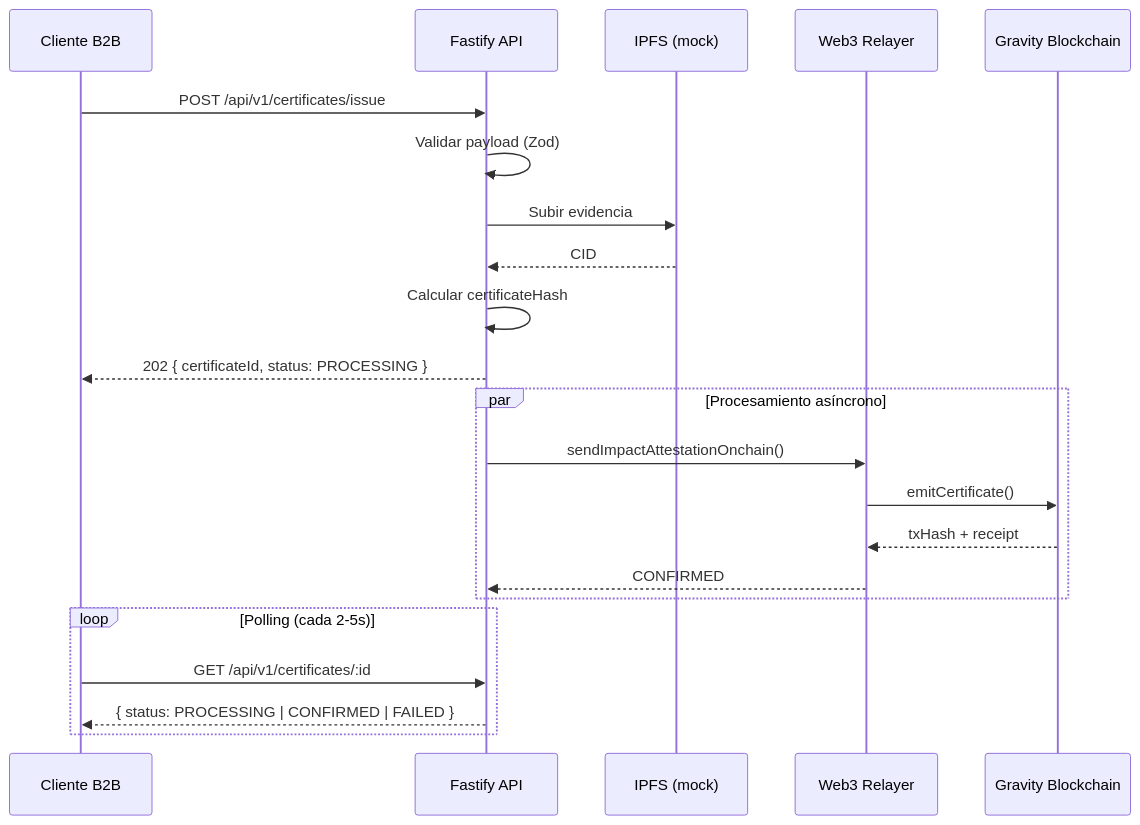
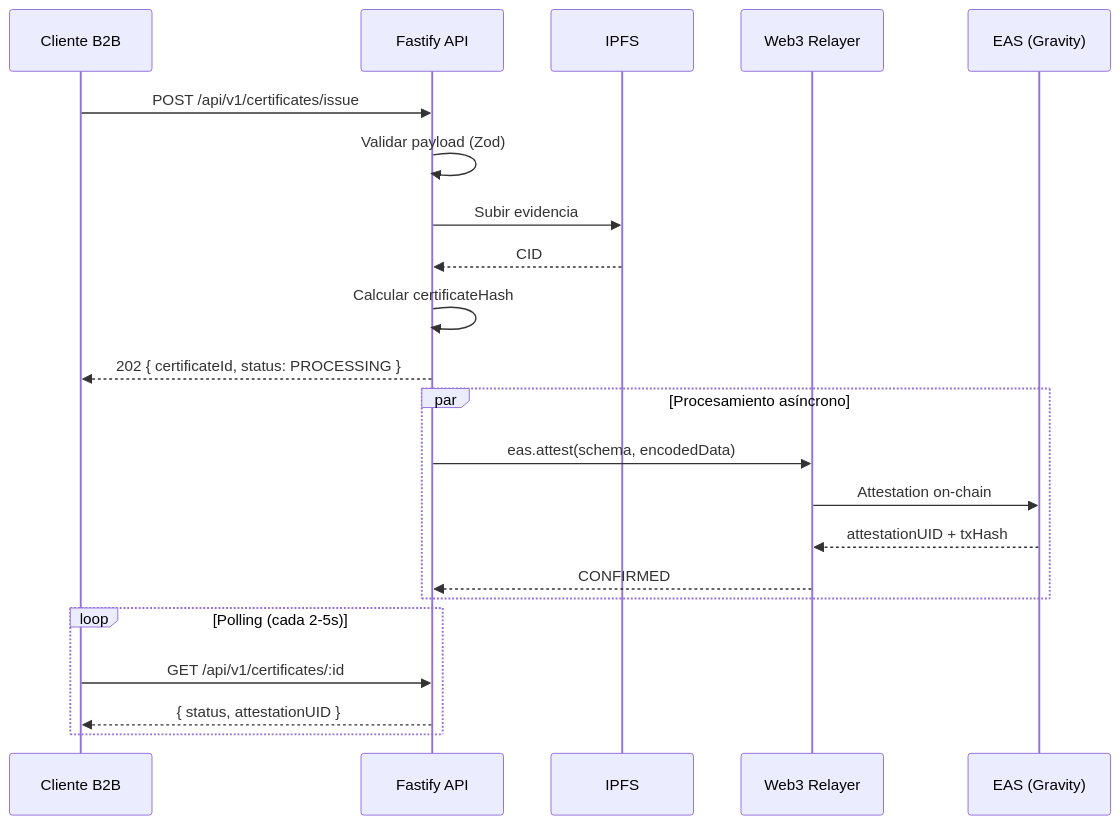
Before and after one commit to FerTello01/API-Angulo: the diagram in docs/API.md, drawn with Mermaid. The commit also changed other lines of this file and 19 other files, not shown here.

````diff
--- a/docs/API.md
+++ b/docs/API.md
@@ -309,27 +364,27 @@
 ```mermaid
 sequenceDiagram
     participant Cliente as Cliente B2B
     participant API as Fastify API
-    participant IPFS as IPFS (mock)
+    participant IPFS as IPFS
     participant Relayer as Web3 Relayer
-    participant Gravity as Gravity Blockchain
+    participant EAS as EAS (Gravity)
 
     Cliente->>API: POST /api/v1/certificates/issue
     API->>API: Validar payload (Zod)
     API->>IPFS: Subir evidencia
     IPFS-->>API: CID
     API->>API: Calcular certificateHash
     API-->>Cliente: 202 { certificateId, status: PROCESSING }
 
     par Procesamiento asíncrono
-        API->>Relayer: sendImpactAttestationOnchain()
-        Relayer->>Gravity: emitCertificate()
-        Gravity-->>Relayer: txHash + receipt
+        API->>Relayer: eas.attest(schema, encodedData)
+        Relayer->>EAS: Attestation on-chain
+        EAS-->>Relayer: attestationUID + txHash
         Relayer-->>API: CONFIRMED
     end
 
     loop Polling (cada 2-5s)
         Cliente->>API: GET /api/v1/certificates/:id
-        API-->>Cliente: { status: PROCESSING | CONFIRMED | FAILED }
+        API-->>Cliente: { status, attestationUID }
     end
 ```
````
